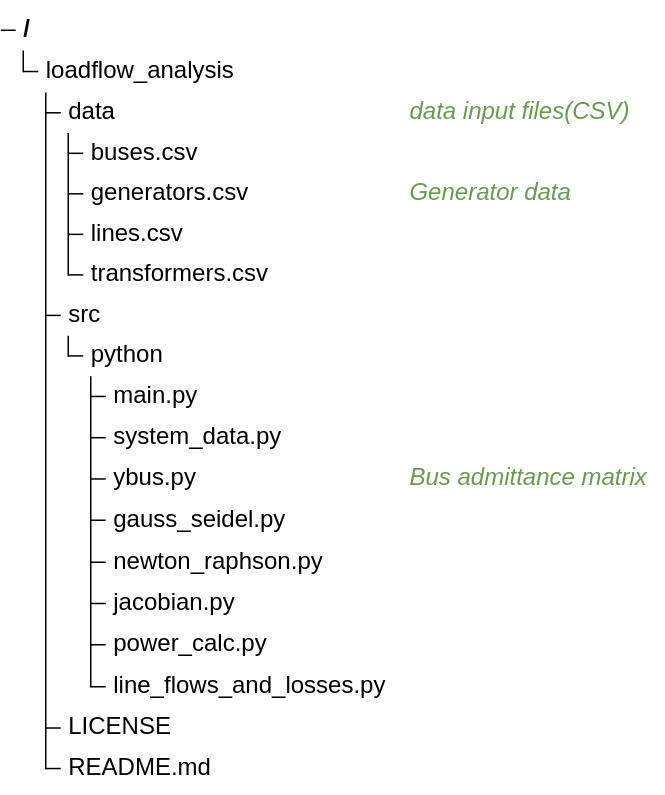
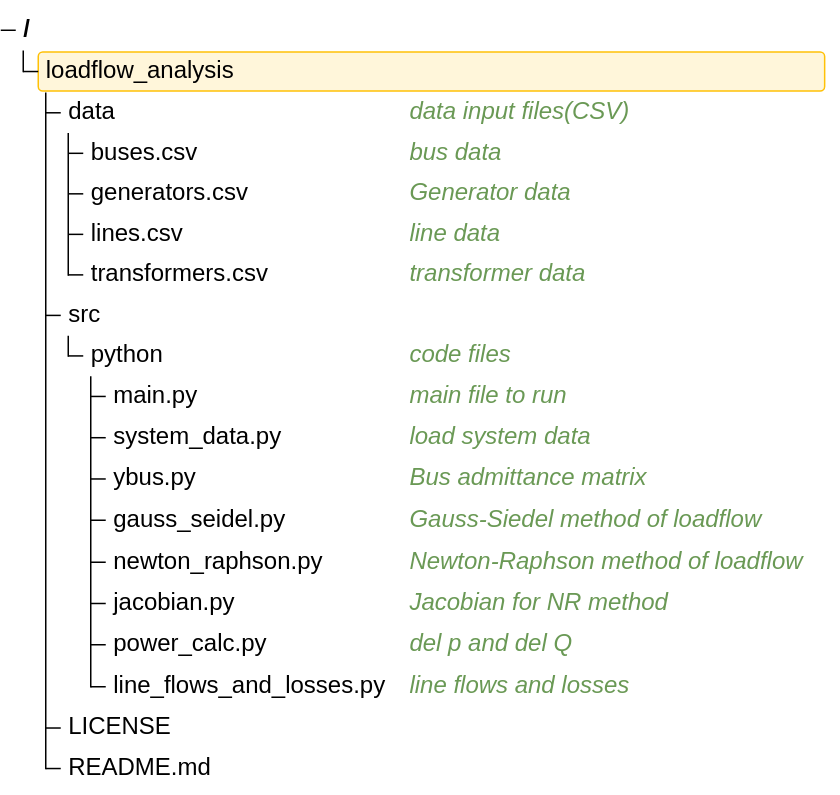
The diagram in README.md (sai-power-systems/loadflow-analysis-toolkit), drawn with Mermaid before and after one commit. The commit also changed 1 other file, not shown here.

````diff
--- a/README.md
+++ b/README.md
@@ -23,24 +23,21 @@
 ```mermaid
 treeView-beta
-  ┣━━ loadflow_analysis
+  ┗━ loadflow_analysis :::highlight
     ┣━━ data ## data input files(CSV)
-    ┃   ┣━━ buses.csv
+    ┃   ┣━━ buses.csv ## bus data
     ┃   ┣━━ generators.csv ## Generator data
-    ┃   ┣━━ lines.csv
-    ┃   ┗━━ transformers.csv
+    ┃   ┣━━ lines.csv ## line data
+    ┃   ┗━━ transformers.csv ## transformer data
     ┣━━ src
-    ┃   ┗━━ python
-    ┃       ┣━━ main.py
-    ┃       ┣━━ system_data.py
+    ┃   ┗━━ python ## code files
+    ┃       ┣━━ main.py ## main file to run
+    ┃       ┣━━ system_data.py ## load system data
     ┃       ┣━━ ybus.py ## Bus admittance matrix
-    ┃       ┣━━ gauss_seidel.py
-    ┃       ┣━━ newton_raphson.py
-    ┃       ┣━━ jacobian.py
-    ┃       ┣━━ power_calc.py
-    ┃       ┗━━ line_flows_and_losses.py
+    ┃       ┣━━ gauss_seidel.py ## Gauss-Siedel method of loadflow
+    ┃       ┣━━ newton_raphson.py ## Newton-Raphson method of loadflow
+    ┃       ┣━━ jacobian.py ## Jacobian for NR method
+    ┃       ┣━━ power_calc.py ## del p and del Q
+    ┃       ┗━━ line_flows_and_losses.py ## line flows and losses
     ┣━━ LICENSE
     ┗━━ README.md
-
-
-
 ```
````
